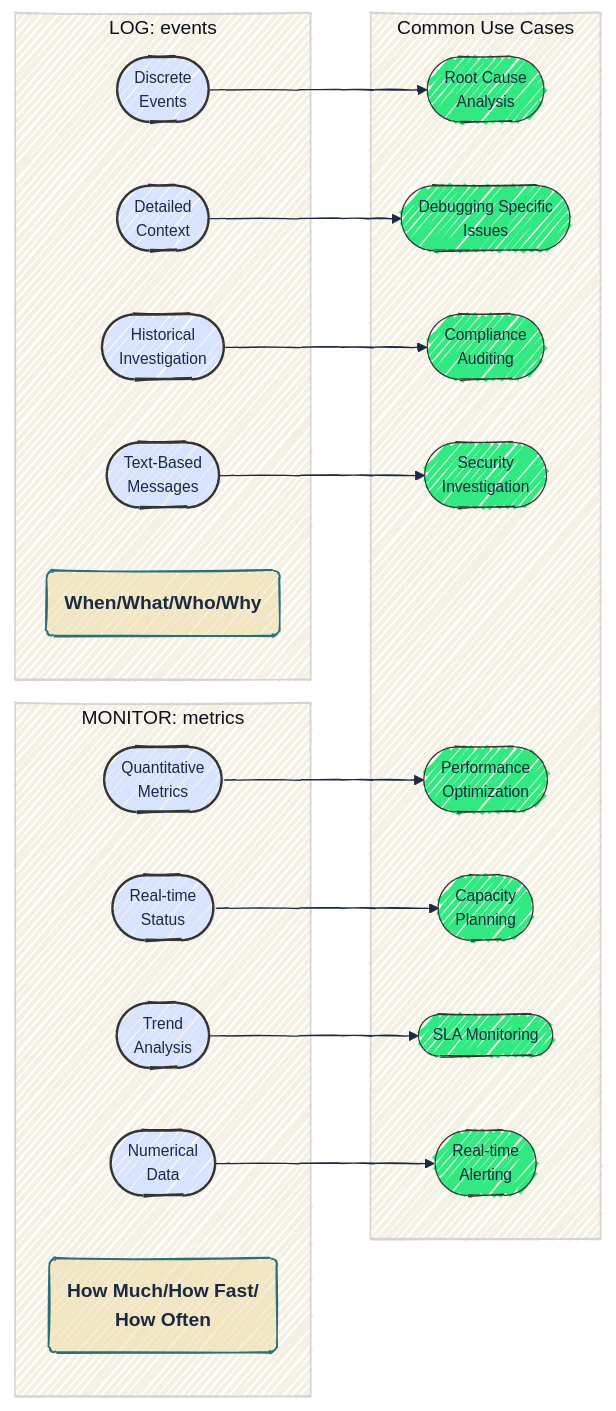
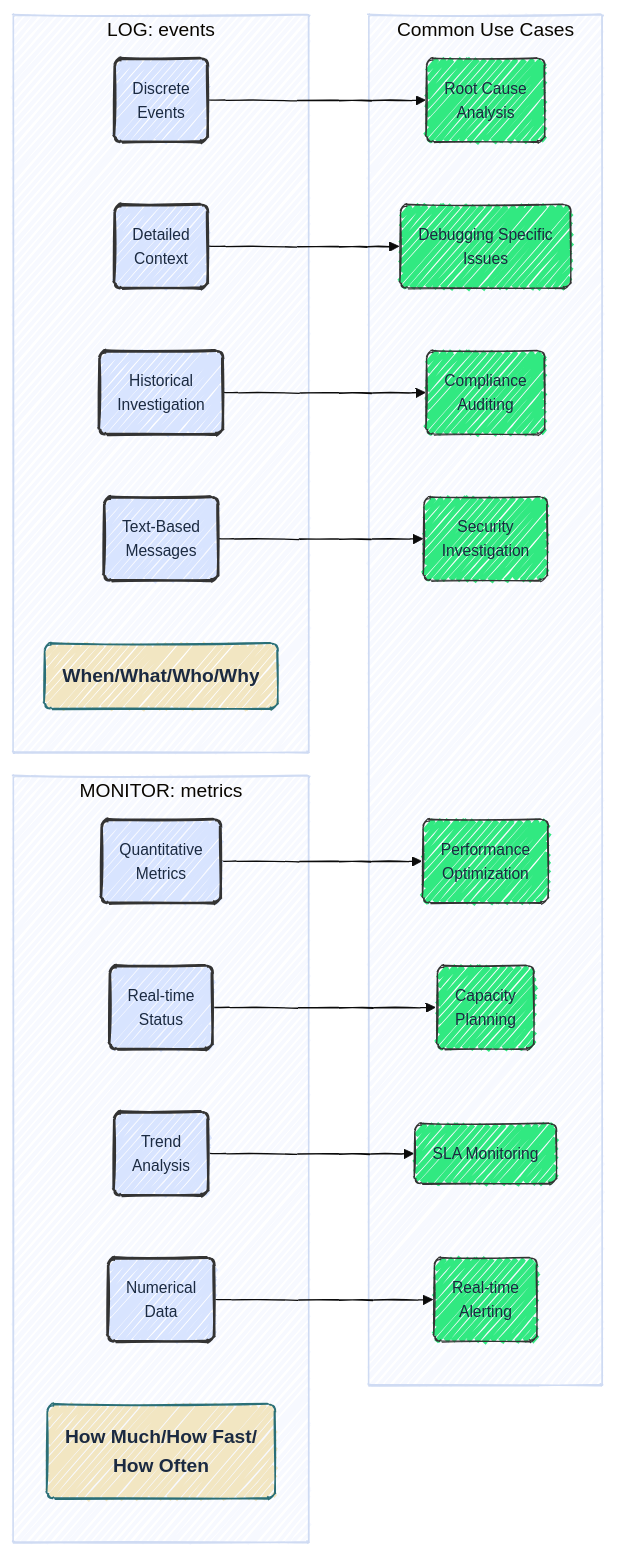
One commit to mjfrigaard/do4ds-labs changed the first of 4 diagrams in lab04.qmd. Above: the diagram before and after it, drawn with Mermaid. The commit also changed other lines of this file and 37 other files, not shown here.

Commit message:
updates to mermaid

````diff
--- a/lab04.qmd
+++ b/lab04.qmd
@@ -56,53 +56,54 @@
 ```{mermaid}
 %%| fig-cap: 'Logging vs. Monitoring'
 %%| fig-align: center
 %%| fig-width: 6.5
-%%{init: {'theme': 'base', 'look': 'handDrawn', 'themeVariables': { 'fontFamily': 'monospace', 'primaryColor': '#F2E6C2', 'primaryBorderColor': '#2A6F77', 'primaryTextColor': '#1B2A41', 'secondaryColor': '#d4e7e4', 'tertiaryColor': '#f5f0e4', 'lineColor': '#1B2A41', 'edgeLabelBackground': '#F2E6C2'}}}%%
+%%{init: {'theme': 'base', 'look': 'handDrawn', 'themeVariables': {'fontFamily': 'monospace'}}}%%
 
 graph LR
     subgraph "LOG: events"
-        L1(["Discrete<br>Events"])
-        L2(["Detailed<br>Context"])
-        L3(["Historical<br>Investigation"])
-        L4(["Text-Based<br>Messages"])
+        L1("Discrete<br>Events")
+        L2("Detailed<br>Context")
+        L3("Historical<br>Investigation")
+        L4("Text-Based<br>Messages")
         L5("<strong>When/What/Who/Why</strong>")
     end
     
     subgraph "MONITOR: metrics"
-        M1(["Quantitative<br>Metrics"])
-        M2(["Real-time<br>Status"])
-        M3(["Trend<br>Analysis"])
-        M4(["Numerical<br>Data"])
+        M1("Quantitative<br>Metrics")
+        M2("Real-time<br>Status")
+        M3("Trend<br>Analysis")
+        M4("Numerical<br>Data")
         M5("<strong>How Much/How Fast/<br>How Often</strong>")
     end
     
     subgraph "Common Use Cases"
-        LC(["Root Cause<br>Analysis"])
-        LC2(["Debugging Specific<br>Issues"])
-        LC3(["Compliance<br>Auditing"])
-        LC4(["Security<br>Investigation"])
+        LC("Root Cause<br>Analysis")
+        LC2("Debugging Specific<br>Issues")
+        LC3("Compliance<br>Auditing")
+        LC4("Security<br>Investigation")
         
-        MC(["Performance<br>Optimization"])
-        MC2(["Capacity<br>Planning"])
-        MC3(["SLA Monitoring"])
-        MC4(["Real-time<br>Alerting"])
+        MC("Performance<br>Optimization")
+        MC2("Capacity<br>Planning")
+        MC3("SLA Monitoring")
+        MC4("Real-time<br>Alerting")
     end
     
     L1 --> LC
     L2 --> LC2
     L3 --> LC3
     L4 --> LC4
     
     M1 --> MC
     M2 --> MC2
     M3 --> MC3
     M4 --> MC4
     
     classDef logging fill:#d8e4ff,stroke:#333,stroke-width:2px,rx:6,ry:6,text-align:center,font-size:13px
     classDef monitoring fill:#d8e4ff,stroke:#333,stroke-width:2px,rx:6,ry:6,text-align:center,font-size:13px
     classDef usecase fill:#31e981,stroke:#333,stroke-width:1px,rx:6,ry:6,text-align:center,font-size:13px
     
     class L1,L2,L3,L4 logging
     class M1,M2,M3,M4 monitoring
     class LC,LC2,LC3,LC4,MC,MC2,MC3,MC4 usecase
+    classDef default fill:#F2E6C2,stroke:#2A6F77,color:#1B2A41
 ```
````
